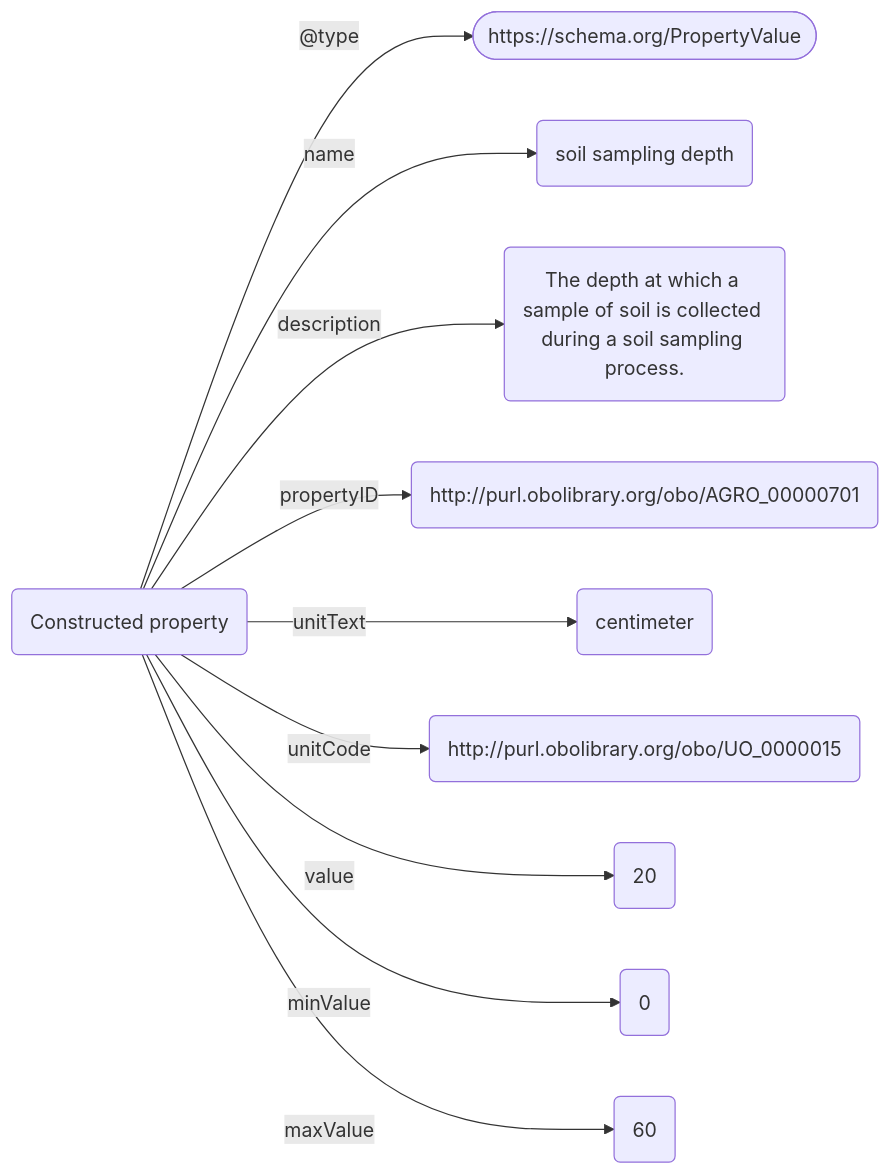
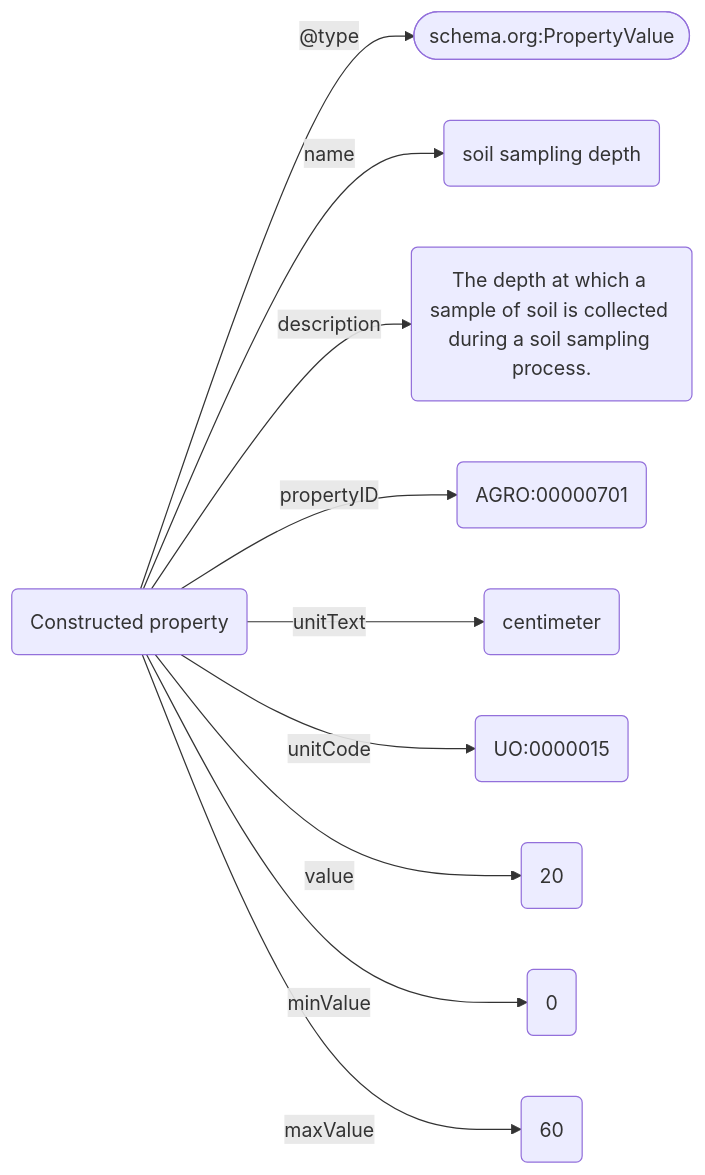
One commit to fairagro/agri-wg-bioschemas changed the second of 2 diagrams in Tutorial/agrischemas_tutorial_draft.md. Above: the diagram before and after it, drawn with Mermaid. The commit also changed other lines of this file, not shown here.

Commit message:
changed links to strings in mermaid diagrams

````diff
--- a/Tutorial/agrischemas_tutorial_draft.md
+++ b/Tutorial/agrischemas_tutorial_draft.md
@@ -64,12 +64,12 @@
 ```mermaid
 flowchart LR;
-A("Constructed property")--"@type"-->B(["https://schema.org/PropertyValue"])
+A("Constructed property")--"@type"-->B(["schema.org:PropertyValue"])
 A("Constructed property")--"name"-->C("soil sampling depth")
 A("Constructed property")--"description"-->D("The depth at which a sample of soil is collected during a soil sampling process.")
-A("Constructed property")--"propertyID"-->E("http://purl.obolibrary.org/obo/AGRO_00000701")
+A("Constructed property")--"propertyID"-->E("AGRO:00000701")
 A("Constructed property")--"unitText"-->F("centimeter")
-A("Constructed property")--"unitCode"-->G("http://purl.obolibrary.org/obo/UO_0000015")
+A("Constructed property")--"unitCode"-->G("UO:0000015")
 A("Constructed property")--"value"-->H("20")
 A("Constructed property")--"minValue"-->I("0")
 A("Constructed property")--"maxValue"-->J("60")
 ```
````
